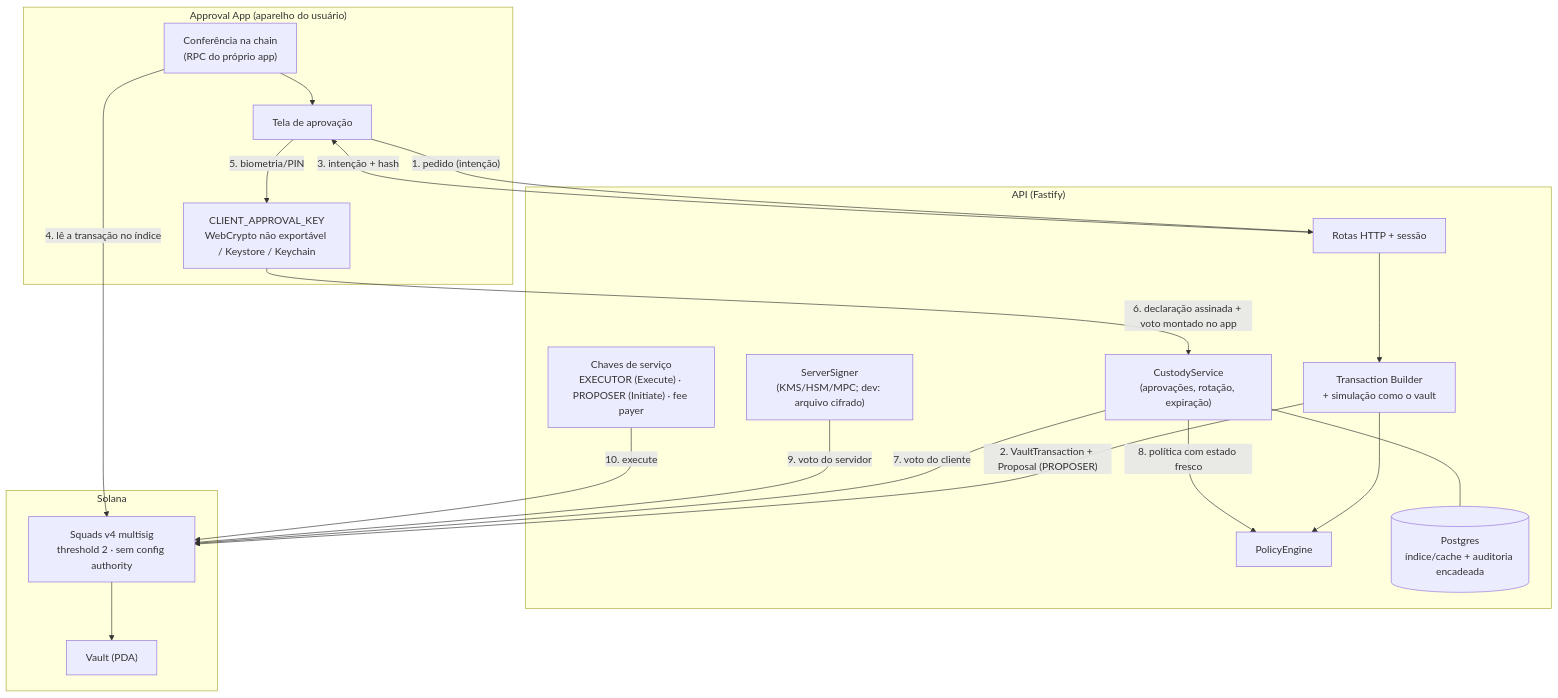
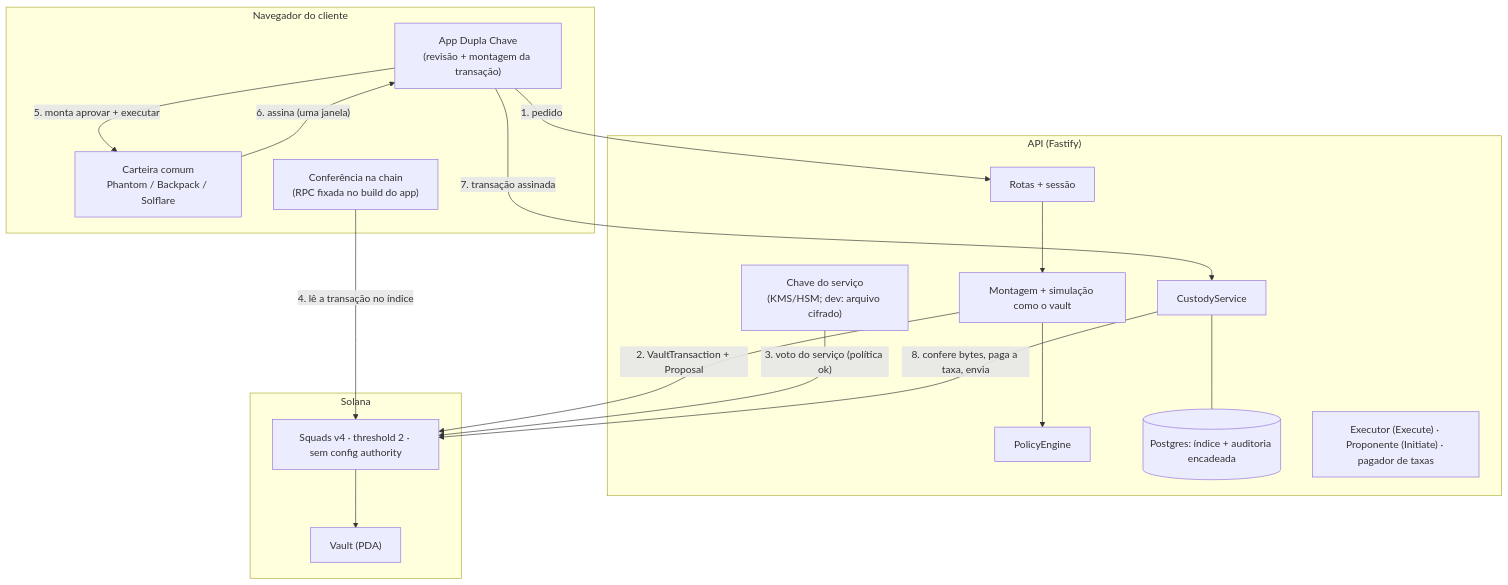
The diagram in docs/ARCHITECTURE.md (sjoel99/double-check), drawn with Mermaid before and after one commit. The commit also changed other lines of this file and 20 other files, not shown here.

First line of the commit message:
App no fluxo da carteira comum (Wallet Standard) e documentação do modelo novo

````diff
--- a/docs/ARCHITECTURE.md
+++ b/docs/ARCHITECTURE.md
@@ -7,36 +9,33 @@
 ```mermaid
 flowchart TB
-  subgraph Aparelho["Approval App (aparelho do usuário)"]
-    UI["Tela de aprovação"]
-    CK["CLIENT_APPROVAL_KEY<br/>WebCrypto não exportável / Keystore / Keychain"]
-    CHK["Conferência na chain<br/>(RPC do próprio app)"]
+  subgraph Cliente["Navegador do cliente"]
+    APP["App Dupla Chave<br/>(revisão + montagem da transação)"]
+    W["Carteira comum<br/>Phantom / Backpack / Solflare"]
+    CHK["Conferência na chain<br/>(RPC fixada no build do app)"]
   end
 
   subgraph Backend["API (Fastify)"]
-    API["Rotas HTTP + sessão"]
-    BLD["Transaction Builder<br/>+ simulação como o vault"]
+    API["Rotas + sessão"]
+    BLD["Montagem + simulação como o vault"]
     POL["PolicyEngine"]
-    COORD["CustodyService<br/>(aprovações, rotação, expiração)"]
-    DB[("Postgres<br/>índice/cache + auditoria encadeada")]
-    SS["ServerSigner<br/>(KMS/HSM/MPC; dev: arquivo cifrado)"]
-    SK["Chaves de serviço<br/>EXECUTOR (Execute) · PROPOSER (Initiate) · fee payer"]
+    COORD["CustodyService"]
+    DB[("Postgres: índice + auditoria encadeada")]
+    SS["Chave do serviço<br/>(KMS/HSM; dev: arquivo cifrado)"]
+    SK["Executor (Execute) · Proponente (Initiate) · pagador de taxas"]
   end
 
   subgraph Solana
-    MS["Squads v4 multisig<br/>threshold 2 · sem config authority"]
+    MS["Squads v4 · threshold 2 · sem config authority"]
     V["Vault (PDA)"]
   end
 
-  UI -->|"1. pedido (intenção)"| API --> BLD --> POL
-  BLD -->|"2. VaultTransaction + Proposal (PROPOSER)"| MS
-  API -->|"3. intenção + hash"| UI
+  APP -->|"1. pedido"| API --> BLD --> POL
+  BLD -->|"2. VaultTransaction + Proposal"| MS
+  SS -->|"3. voto do serviço (política ok)"| MS
   CHK -->|"4. lê a transação no índice"| MS
-  CHK --> UI
-  UI -->|"5. biometria/PIN"| CK
-  CK -->|"6. declaração assinada + voto montado no app"| COORD
-  COORD -->|"7. voto do cliente"| MS
-  COORD -->|"8. política com estado fresco"| POL
-  SS -->|"9. voto do servidor"| MS
-  SK -->|"10. execute"| MS --> V
+  APP -->|"5. monta aprovar + executar"| W
+  W -->|"6. assina (uma janela)"| APP
+  APP -->|"7. transação assinada"| COORD
+  COORD -->|"8. confere bytes, paga a taxa, envia"| MS --> V
   COORD --- DB
 ```
````
